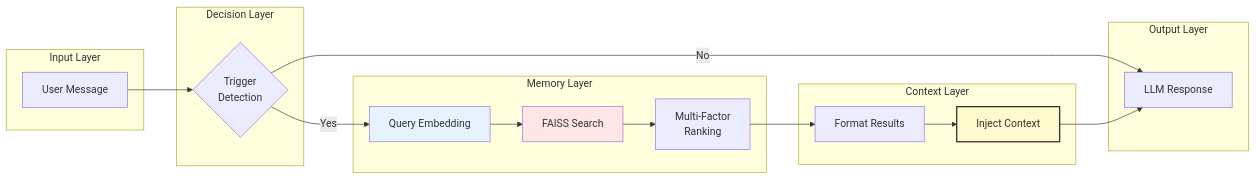
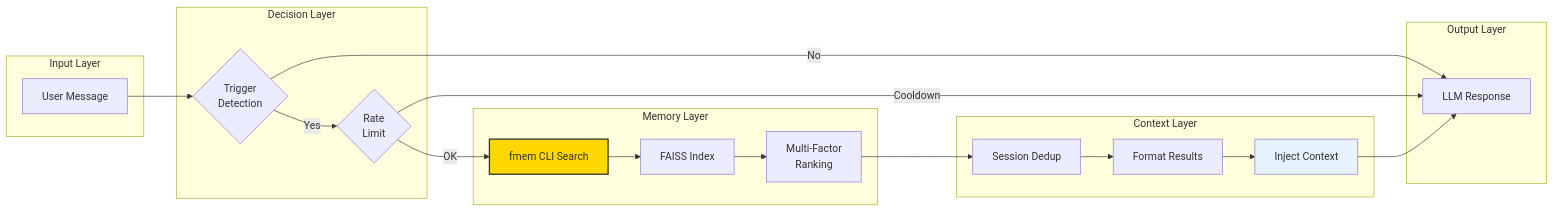
The fourth of 5 diagrams in docs/INTEGRATION_FLOW.md (LuisEduardoAvila/fmem), drawn with Mermaid before and after one commit. The commit also changed other lines of this file and 5 other files, not shown here.

````diff
--- a/docs/INTEGRATION_FLOW.md
+++ b/docs/INTEGRATION_FLOW.md
@@ -245,38 +372,42 @@
 ```mermaid
 graph LR
     subgraph "Input Layer"
         A[User Message]
     end
     
     subgraph "Decision Layer"
         B{Trigger<br/>Detection}
+        C{Rate<br/>Limit}
     end
     
     subgraph "Memory Layer"
-        C[Query Embedding]
-        D[FAISS Search]
-        E[Multi-Factor<br/>Ranking]
+        D[fmem CLI Search]
+        E[FAISS Index]
+        F[Multi-Factor<br/>Ranking]
     end
     
     subgraph "Context Layer"
-        F[Format Results]
-        G[Inject Context]
+        G[Session Dedup]
+        H[Format Results]
+        I[Inject Context]
     end
     
     subgraph "Output Layer"
-        H[LLM Response]
+        J[LLM Response]
     end
     
     A --> B
     B -->|Yes| C
-    B -->|No| H
-    C --> D
+    B -->|No| J
+    C -->|OK| D
+    C -->|Cooldown| J
     D --> E
     E --> F
     F --> G
     G --> H
+    H --> I
+    I --> J
     
-    style C fill:#E6F3FF
-    style D fill:#FFE6E6
-    style G fill:#FFFACD,stroke:#333,stroke-width:2px
+    style D fill:#FFD700,stroke:#333,stroke-width:2px
+    style I fill:#E6F3FF
 ```
````
